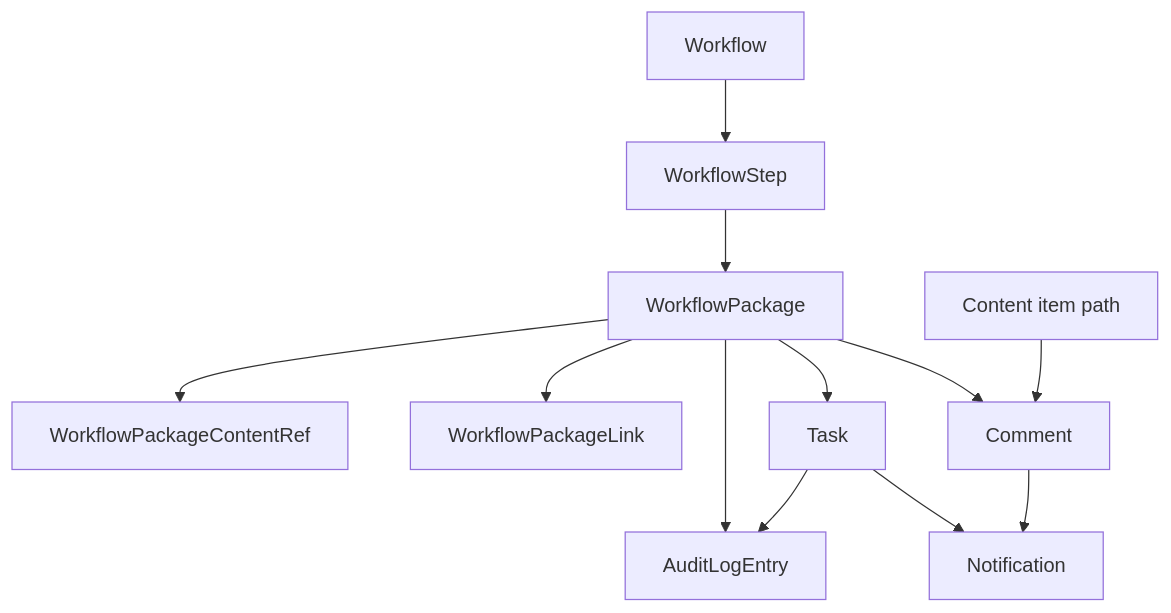
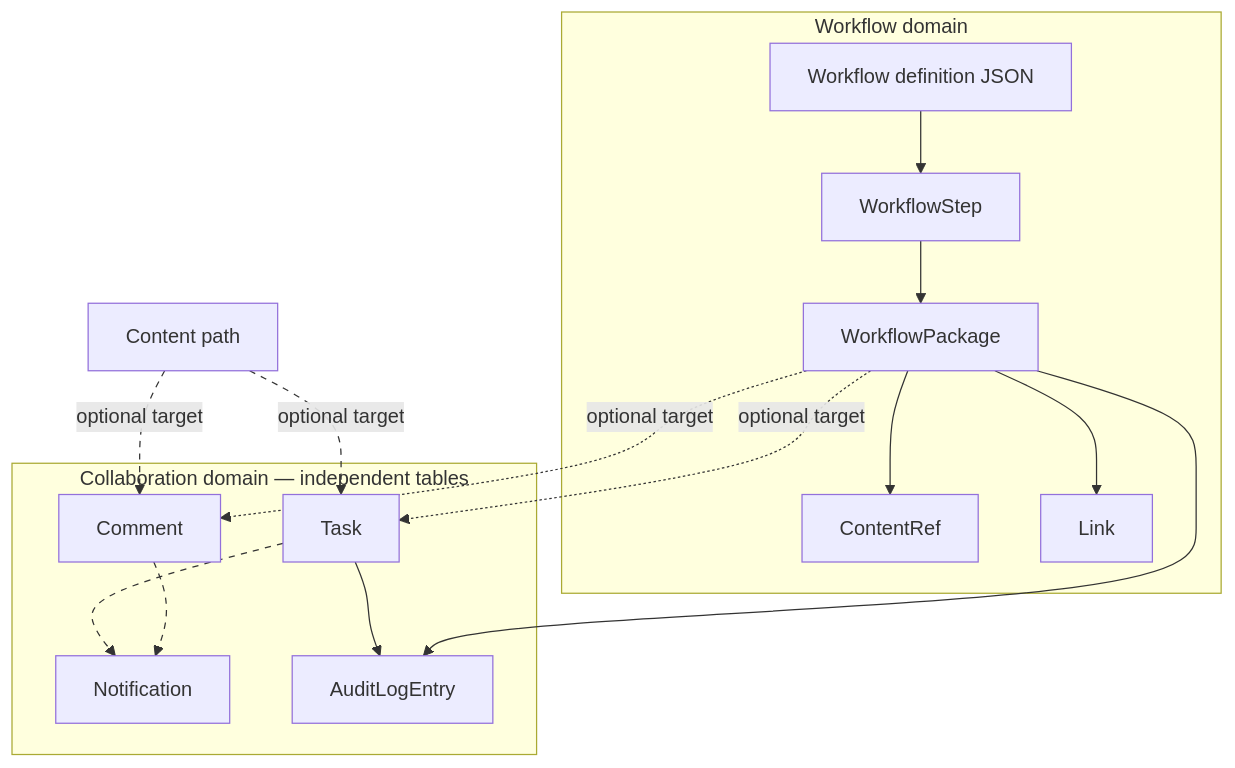
Before and after one commit to russdanner/plugin-studio-workflow: the first of 2 diagrams in docs/CANONICAL_MODEL.md, drawn with Mermaid. The commit also changed other lines of this file and 7 other files, not shown here.

````diff
--- a/docs/CANONICAL_MODEL.md
+++ b/docs/CANONICAL_MODEL.md
@@ -21,15 +50,33 @@
 ```mermaid
 flowchart TB
-    W[Workflow]
-    W --> WS[WorkflowStep]
-    WS --> WP[WorkflowPackage]
-    WP --> CR[WorkflowPackageContentRef]
-    WP --> LK[WorkflowPackageLink]
-    WP --> CM[Comment]
-    CONTENT[Content item path] --> CM
-    WP --> TK[Task]
-    WP --> AL[AuditLogEntry]
+    subgraph WorkflowDomain["Workflow domain"]
+        W[Workflow definition JSON]
+        WS[WorkflowStep]
+        WP[WorkflowPackage]
+        CR[ContentRef]
+        LK[Link]
+        W --> WS --> WP
+        WP --> CR
+        WP --> LK
+    end
+
+    subgraph Collaboration["Collaboration domain — independent tables"]
+        CM[Comment]
+        TK[Task]
+        N[Notification]
+        AL[AuditLogEntry]
+    end
+
+    CONTENT[Content path]
+
+    WP -.->|optional target| CM
+    WP -.->|optional target| TK
+    CONTENT -.->|optional target| CM
+    CONTENT -.->|optional target| TK
+    TK --> N
+    CM --> N
     TK --> AL
-    TK --> N[Notification]
-    CM --> N
+    WP --> AL
+
+    linkStyle 6,7,8,9 stroke-dasharray: 5 5
 ```
````
